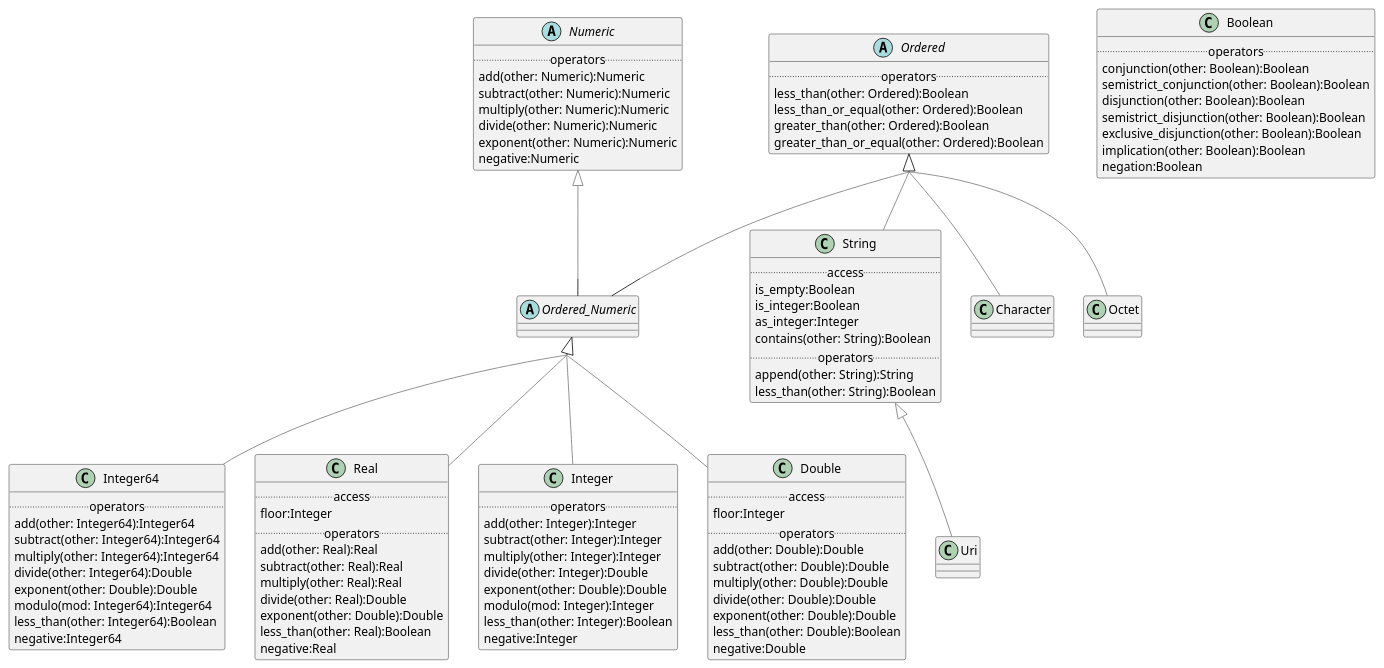
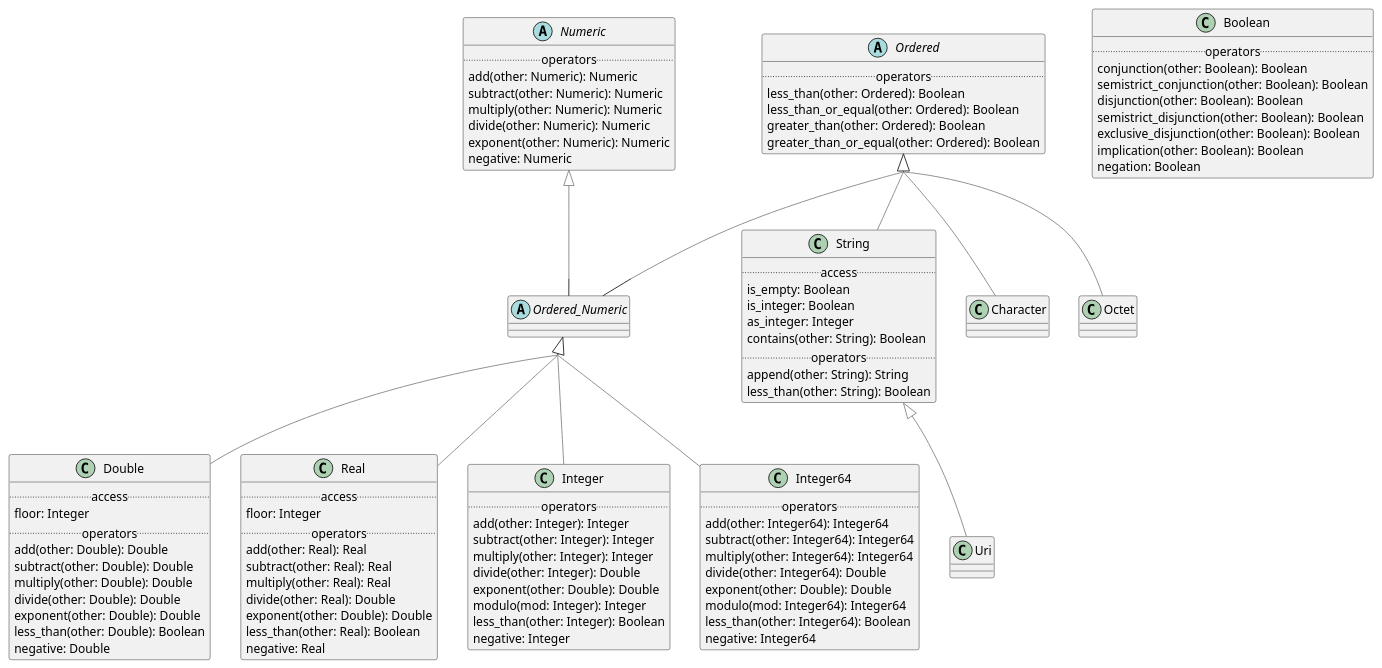
One commit to wolandscat/openehr-doc changed the diagram in modules/ROOT/examples/bmm/representation/builtin_types/primitive_types/primitive_types-package-uml.adoc. Above: the diagram before and after it, drawn with PlantUML. The commit also changed 293 other files, not shown here.

Commit message:
Regen with tweaks to UML output and correct metatypes for nested generics.

```diff
--- a/modules/ROOT/examples/bmm/representation/builtin_types/primitive_types/primitive_types-package-uml.adoc
+++ b/modules/ROOT/examples/bmm/representation/builtin_types/primitive_types/primitive_types-package-uml.adoc
@@ -6,16 +6,40 @@
 skinparam citedClassColor #FDFDFD
 
 
-class Boolean [[/openehr-doc/latest/representation/builtin_types-gen.html#_class_boolean]] {
+class Double [[/openehr-doc/latest/representation/builtin_types-gen.html#_class_double]] {
+        .. access ..
+        floor: Integer
         .. operators ..
-        conjunction(other: Boolean):Boolean
-        semistrict_conjunction(other: Boolean):Boolean
-        disjunction(other: Boolean):Boolean
-        semistrict_disjunction(other: Boolean):Boolean
-        exclusive_disjunction(other: Boolean):Boolean
-        implication(other: Boolean):Boolean
-        negation:Boolean
+        add(other: Double): Double
+        subtract(other: Double): Double
+        multiply(other: Double): Double
+        divide(other: Double): Double
+        exponent(other: Double): Double
+        less_than(other: Double): Boolean
+        negative: Double
 }
+
+Double -[#gray]up-|> Ordered_Numeric  
+
+
+class Character [[/openehr-doc/latest/representation/builtin_types-gen.html#_class_character]] {
+}
+
+Character -[#gray]up-|> Ordered  
+
+
+class String [[/openehr-doc/latest/representation/builtin_types-gen.html#_class_string]] {
+        .. access ..
+        is_empty: Boolean
+        is_integer: Boolean
+        as_integer: Integer
+        contains(other: String): Boolean
+        .. operators ..
+        append(other: String): String
+        less_than(other: String): Boolean
+}
+
+String -[#gray]up-|> Ordered  
 
 
 class Uri [[/openehr-doc/latest/representation/builtin_types-gen.html#_class_uri]] {
@@ -24,32 +48,17 @@
 Uri -[#gray]up-|> String  
 
 
-class Integer64 [[/openehr-doc/latest/representation/builtin_types-gen.html#_class_integer64]] {
-        .. operators ..
-        add(other: Integer64):Integer64
-        subtract(other: Integer64):Integer64
-        multiply(other: Integer64):Integer64
-        divide(other: Integer64):Double
-        exponent(other: Double):Double
-        modulo(mod: Integer64):Integer64
-        less_than(other: Integer64):Boolean
-        negative:Integer64
-}
-
-Integer64 -[#gray]up-|> Ordered_Numeric  
-
-
 class Real [[/openehr-doc/latest/representation/builtin_types-gen.html#_class_real]] {
         .. access ..
-        floor:Integer
+        floor: Integer
         .. operators ..
-        add(other: Real):Real
-        subtract(other: Real):Real
-        multiply(other: Real):Real
-        divide(other: Real):Double
-        exponent(other: Double):Double
-        less_than(other: Real):Boolean
-        negative:Real
+        add(other: Real): Real
+        subtract(other: Real): Real
+        multiply(other: Real): Real
+        divide(other: Real): Double
+        exponent(other: Double): Double
+        less_than(other: Real): Boolean
+        negative: Real
 }
 
 Real -[#gray]up-|> Ordered_Numeric  
@@ -57,17 +66,29 @@
 
 class Integer [[/openehr-doc/latest/representation/builtin_types-gen.html#_class_integer]] {
         .. operators ..
-        add(other: Integer):Integer
-        subtract(other: Integer):Integer
-        multiply(other: Integer):Integer
-        divide(other: Integer):Double
-        exponent(other: Double):Double
-        modulo(mod: Integer):Integer
-        less_than(other: Integer):Boolean
-        negative:Integer
+        add(other: Integer): Integer
+        subtract(other: Integer): Integer
+        multiply(other: Integer): Integer
+        divide(other: Integer): Double
+        exponent(other: Double): Double
+        modulo(mod: Integer): Integer
+        less_than(other: Integer): Boolean
+        negative: Integer
 }
 
 Integer -[#gray]up-|> Ordered_Numeric  
+
+
+class Boolean [[/openehr-doc/latest/representation/builtin_types-gen.html#_class_boolean]] {
+        .. operators ..
+        conjunction(other: Boolean): Boolean
+        semistrict_conjunction(other: Boolean): Boolean
+        disjunction(other: Boolean): Boolean
+        semistrict_disjunction(other: Boolean): Boolean
+        exclusive_disjunction(other: Boolean): Boolean
+        implication(other: Boolean): Boolean
+        negation: Boolean
+}
 
 
 abstract class Ordered_Numeric [[/openehr-doc/latest/representation/builtin_types-gen.html#_class_ordered_numeric]] {
@@ -79,40 +100,39 @@
 Ordered_Numeric -[#gray]up-|> Numeric  
 
 
-class Character [[/openehr-doc/latest/representation/builtin_types-gen.html#_class_character]] {
+class Integer64 [[/openehr-doc/latest/representation/builtin_types-gen.html#_class_integer64]] {
+        .. operators ..
+        add(other: Integer64): Integer64
+        subtract(other: Integer64): Integer64
+        multiply(other: Integer64): Integer64
+        divide(other: Integer64): Double
+        exponent(other: Double): Double
+        modulo(mod: Integer64): Integer64
+        less_than(other: Integer64): Boolean
+        negative: Integer64
 }
 
-Character -[#gray]up-|> Ordered  
+Integer64 -[#gray]up-|> Ordered_Numeric  
 
 
-class Double [[/openehr-doc/latest/representation/builtin_types-gen.html#_class_double]] {
-        .. access ..
-        floor:Integer
+abstract class Ordered [[/openehr-doc/latest/representation/builtin_types-gen.html#_class_ordered]] {
         .. operators ..
-        add(other: Double):Double
-        subtract(other: Double):Double
-        multiply(other: Double):Double
-        divide(other: Double):Double
-        exponent(other: Double):Double
-        less_than(other: Double):Boolean
-        negative:Double
+        less_than(other: Ordered): Boolean
+        less_than_or_equal(other: Ordered): Boolean
+        greater_than(other: Ordered): Boolean
+        greater_than_or_equal(other: Ordered): Boolean
 }
 
-Double -[#gray]up-|> Ordered_Numeric  
 
-
-class String [[/openehr-doc/latest/representation/builtin_types-gen.html#_class_string]] {
-        .. access ..
-        is_empty:Boolean
-        is_integer:Boolean
-        as_integer:Integer
-        contains(other: String):Boolean
+abstract class Numeric [[/openehr-doc/latest/representation/builtin_types-gen.html#_class_numeric]] {
         .. operators ..
-        append(other: String):String
-        less_than(other: String):Boolean
+        add(other: Numeric): Numeric
+        subtract(other: Numeric): Numeric
+        multiply(other: Numeric): Numeric
+        divide(other: Numeric): Numeric
+        exponent(other: Numeric): Numeric
+        negative: Numeric
 }
-
-String -[#gray]up-|> Ordered  
 
 
 class Octet [[/openehr-doc/latest/representation/builtin_types-gen.html#_class_octet]] {
@@ -121,24 +141,4 @@
 Octet -[#gray]up-|> Ordered  
 
 
-abstract class Ordered [[/openehr-doc/latest/representation/builtin_types-gen.html#_class_ordered]] {
-        .. operators ..
-        less_than(other: Ordered):Boolean
-        less_than_or_equal(other: Ordered):Boolean
-        greater_than(other: Ordered):Boolean
-        greater_than_or_equal(other: Ordered):Boolean
-}
-
-
-abstract class Numeric [[/openehr-doc/latest/representation/builtin_types-gen.html#_class_numeric]] {
-        .. operators ..
-        add(other: Numeric):Numeric
-        subtract(other: Numeric):Numeric
-        multiply(other: Numeric):Numeric
-        divide(other: Numeric):Numeric
-        exponent(other: Numeric):Numeric
-        negative:Numeric
-}
-
-
 ....
```
